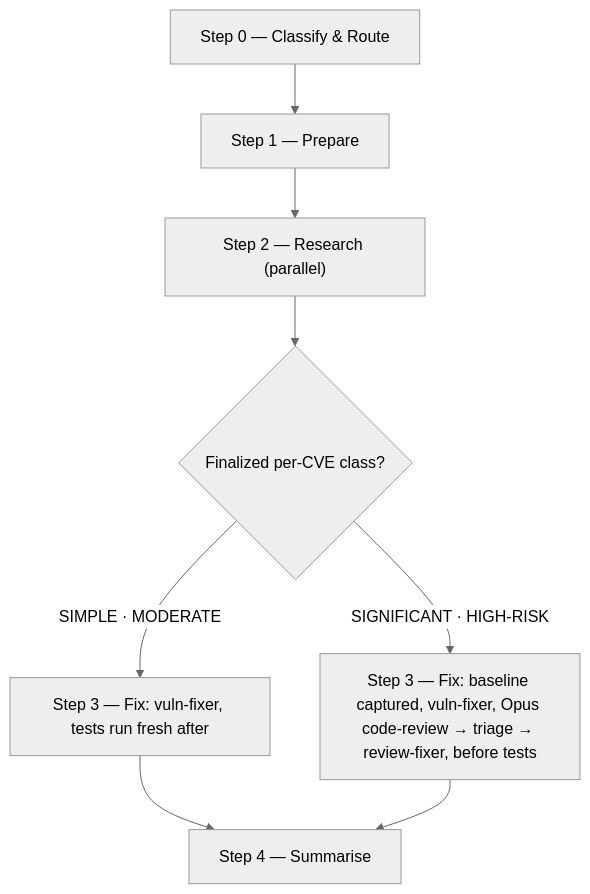
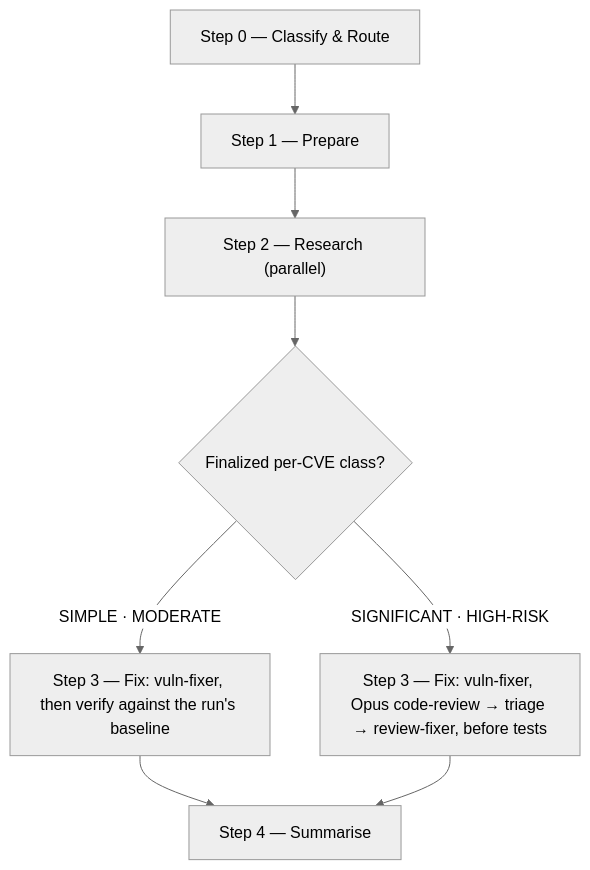
Before and after one commit to ihudak/ihudak-claude-plugins: the diagram in plugins/dev-workflows/docs/commands/vuln.md, drawn with Mermaid (neutral theme). The commit also changed other lines of this file and 10 other files, not shown here.

````diff
--- a/plugins/dev-workflows/docs/commands/vuln.md
+++ b/plugins/dev-workflows/docs/commands/vuln.md
@@ -21,10 +21,10 @@
 ```mermaid
 flowchart TD
     s0["Step 0 — Classify & Route"] --> s1["Step 1 — Prepare"]
     s1 --> s2["Step 2 — Research (parallel)"]
     s2 --> d1{"Finalized per-CVE class?"}
-    d1 -->|"SIMPLE · MODERATE"| s3a["Step 3 — Fix: vuln-fixer, tests run fresh after"]
-    d1 -->|"SIGNIFICANT · HIGH-RISK"| s3b["Step 3 — Fix: baseline captured, vuln-fixer, Opus code-review → triage → review-fixer, before tests"]
+    d1 -->|"SIMPLE · MODERATE"| s3a["Step 3 — Fix: vuln-fixer, then verify against the run's baseline"]
+    d1 -->|"SIGNIFICANT · HIGH-RISK"| s3b["Step 3 — Fix: vuln-fixer, Opus code-review → triage → review-fixer, before tests"]
     s3a --> s4["Step 4 — Summarise"]
     s3b --> s4
 ```
````
